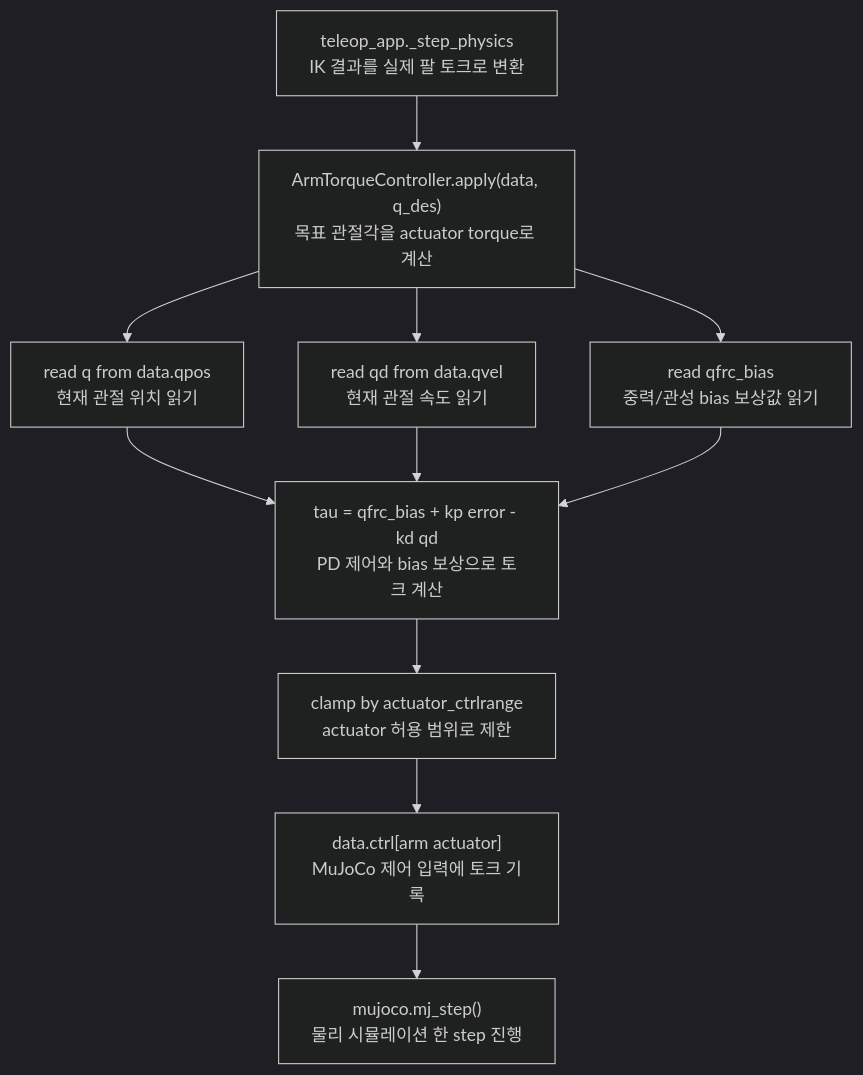
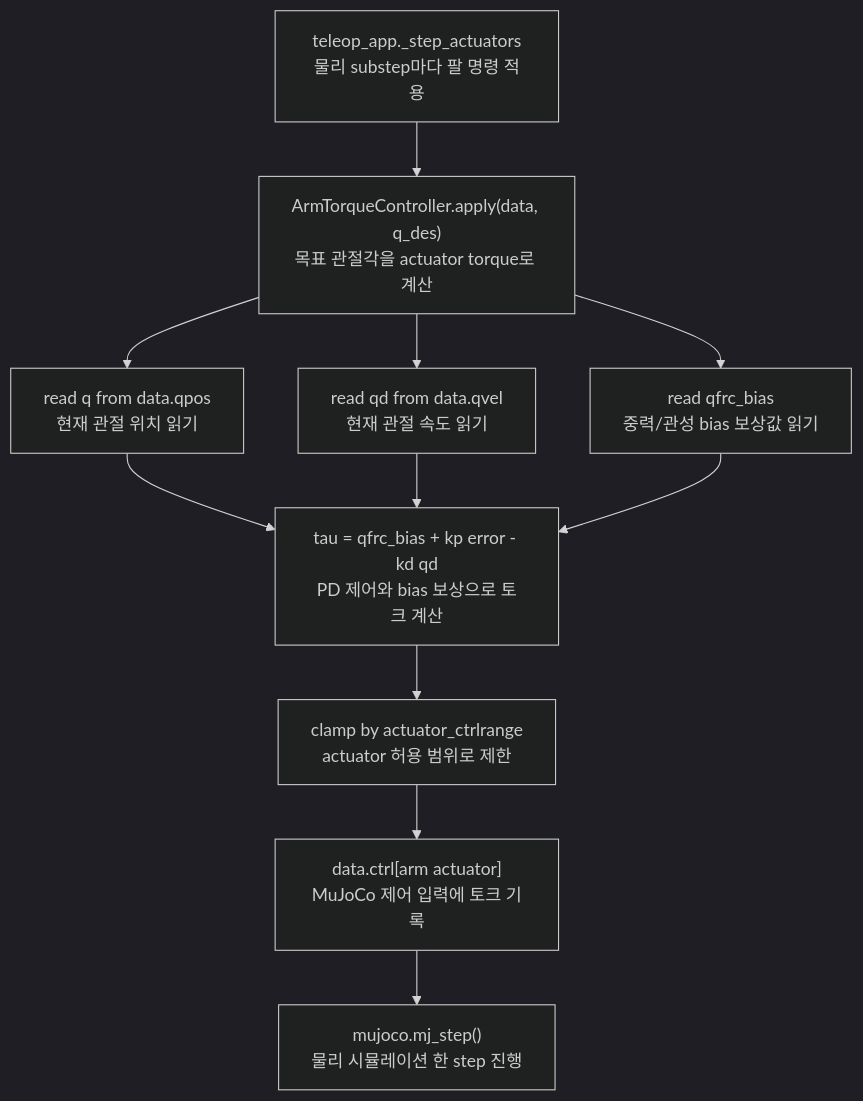
One commit to ggh-png/ffw-sh5-grasp changed the second of 2 diagrams in docs/guide/arm_control.md. Above: the diagram before and after it, drawn with Mermaid (dark theme). The commit also changed other lines of this file and 9 other files, not shown here.

````diff
--- a/docs/guide/arm_control.md
+++ b/docs/guide/arm_control.md
@@ -45,13 +61,13 @@
 ```mermaid
 flowchart TD
-    A["teleop_app._step_physics<br>IK 결과를 실제 팔 토크로 변환"] --> B["ArmTorqueController.apply(data, q_des)<br>목표 관절각을 actuator torque로 계산"]
+    A["teleop_app._step_actuators<br>물리 substep마다 팔 명령 적용"] --> B["ArmTorqueController.apply(data, q_des)<br>목표 관절각을 actuator torque로 계산"]
     B --> C["read q from data.qpos<br>현재 관절 위치 읽기"]
     B --> D["read qd from data.qvel<br>현재 관절 속도 읽기"]
     B --> E["read qfrc_bias<br>중력/관성 bias 보상값 읽기"]
     C --> F["tau = qfrc_bias + kp error - kd qd<br>PD 제어와 bias 보상으로 토크 계산"]
     D --> F
     E --> F
     F --> G["clamp by actuator_ctrlrange<br>actuator 허용 범위로 제한"]
     G --> H["data.ctrl[arm actuator]<br>MuJoCo 제어 입력에 토크 기록"]
     H --> I["mujoco.mj_step()<br>물리 시뮬레이션 한 step 진행"]
 ```
````
